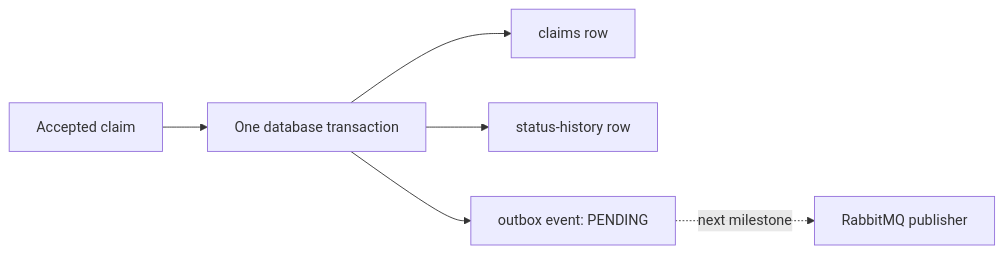
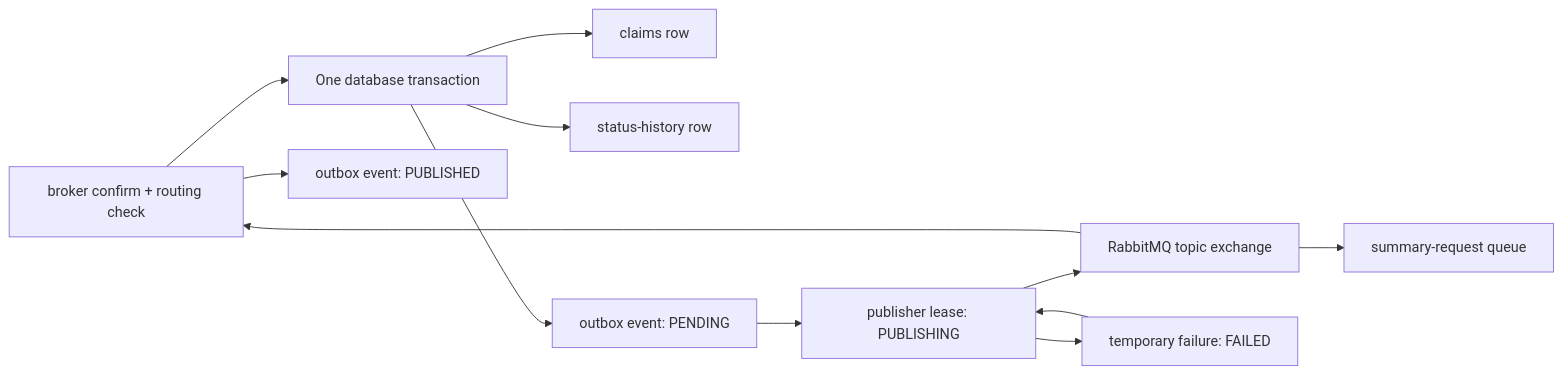
Before and after one commit to rt694/insurance-claims-integration-platform: the second of 2 diagrams in README.md, drawn with Mermaid. The commit also changed other lines of this file and 22 other files, not shown here.

Commit message:
Add reliable RabbitMQ outbox publication

````diff
--- a/README.md
+++ b/README.md
@@ -202,8 +210,14 @@
 ```mermaid
 flowchart LR
     A["Accepted claim"] --> T["One database transaction"]
     T --> C["claims row"]
     T --> H["status-history row"]
     T --> O["outbox event: PENDING"]
-    O -. "next milestone" .-> R["RabbitMQ publisher"]
+    O --> L["publisher lease: PUBLISHING"]
+    L --> R["RabbitMQ topic exchange"]
+    R --> Q["summary-request queue"]
+    R --> A["broker confirm + routing check"]
+    A --> P["outbox event: PUBLISHED"]
+    L --> F["temporary failure: FAILED"]
+    F --> L
 ```
````
